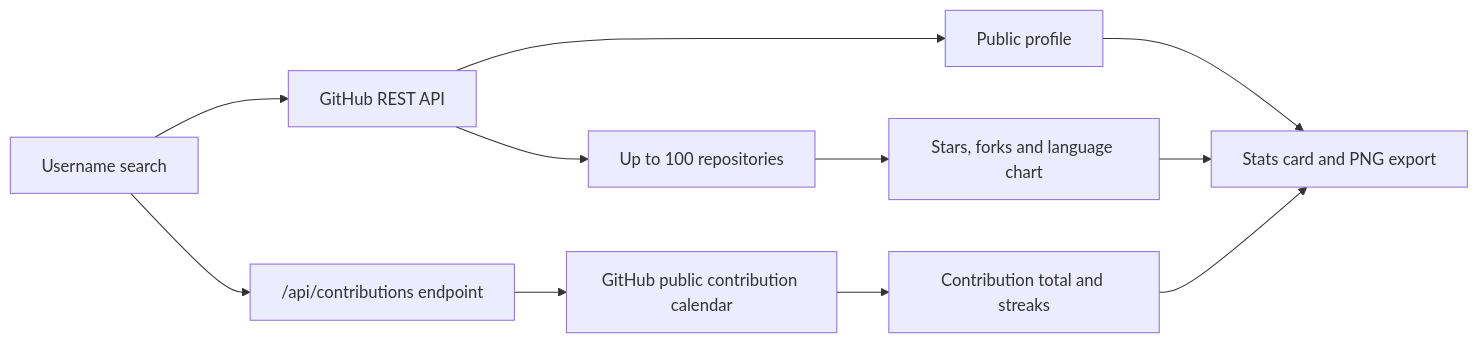
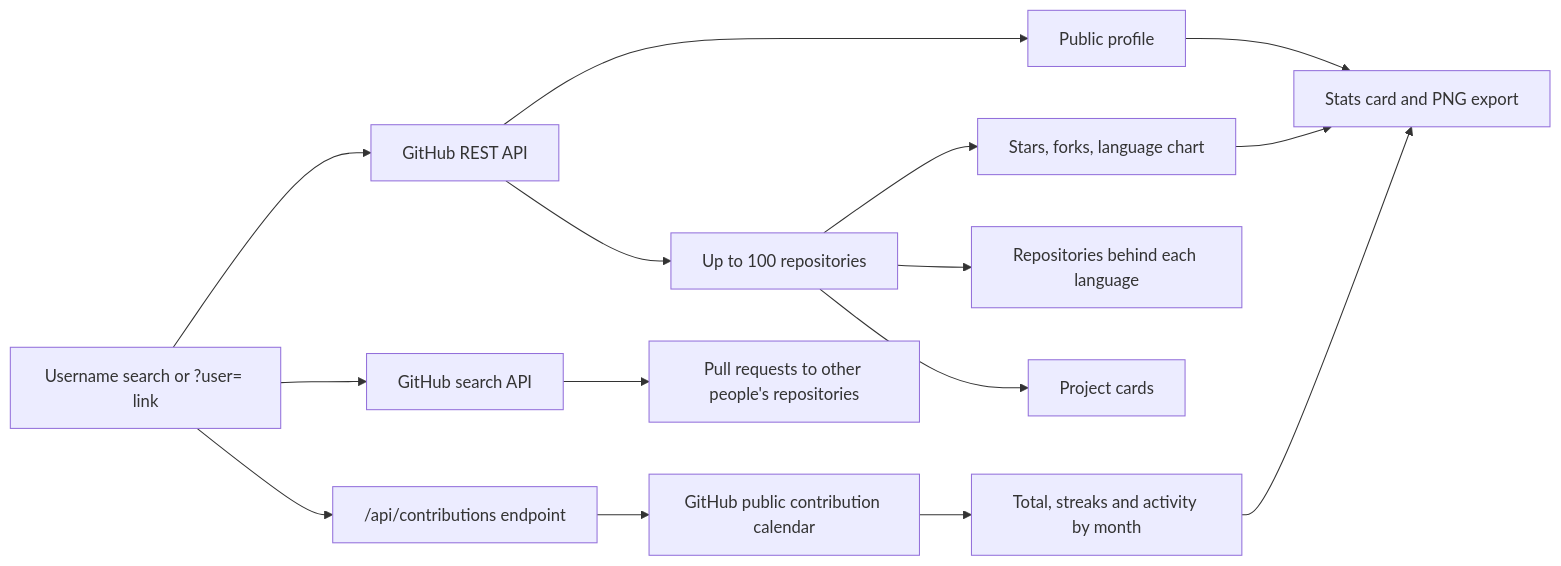
One commit to InesZenkri/Github-Insights changed the diagram in README.md. Above: the diagram before and after it, drawn with Mermaid. The commit also changed other lines of this file, not shown here.

````diff
--- a/README.md
+++ b/README.md
@@ -15,13 +17,17 @@
 ```mermaid
 flowchart LR
-    A[Username search] --> B[GitHub REST API]
+    A["Username search or ?user= link"] --> B[GitHub REST API]
     A --> F["/api/contributions endpoint"]
+    A --> S[GitHub search API]
     B --> C[Public profile]
     B --> D[Up to 100 repositories]
-    D --> E[Stars, forks and language chart]
+    D --> E[Stars, forks, language chart]
+    D --> L[Repositories behind each language]
+    D --> P[Project cards]
     F --> G[GitHub public contribution calendar]
-    G --> I[Contribution total and streaks]
+    G --> I[Total, streaks and activity by month]
+    S --> O[Pull requests to other people's repositories]
     C --> H[Stats card and PNG export]
     E --> H
     I --> H
 ```
````
